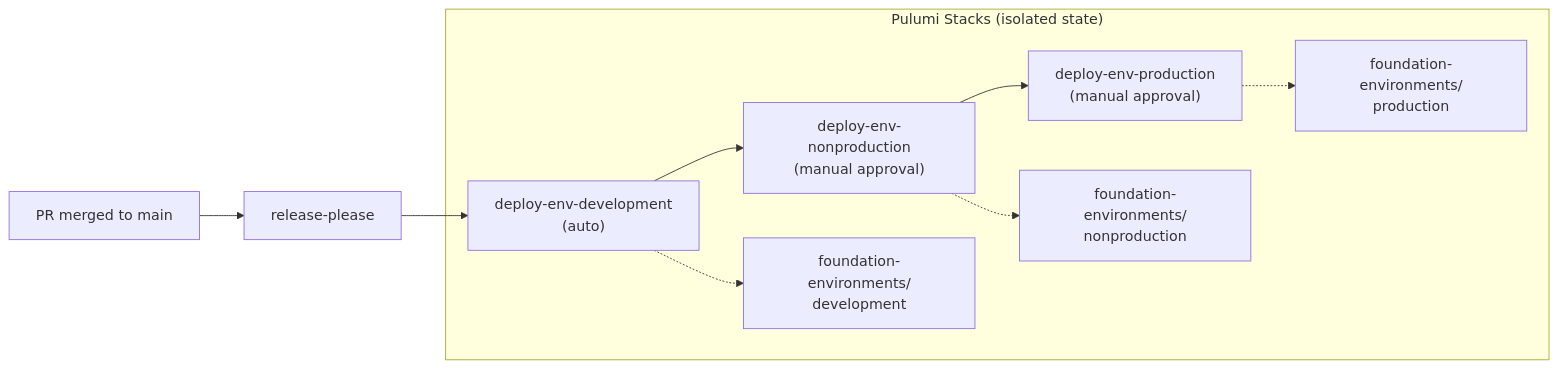
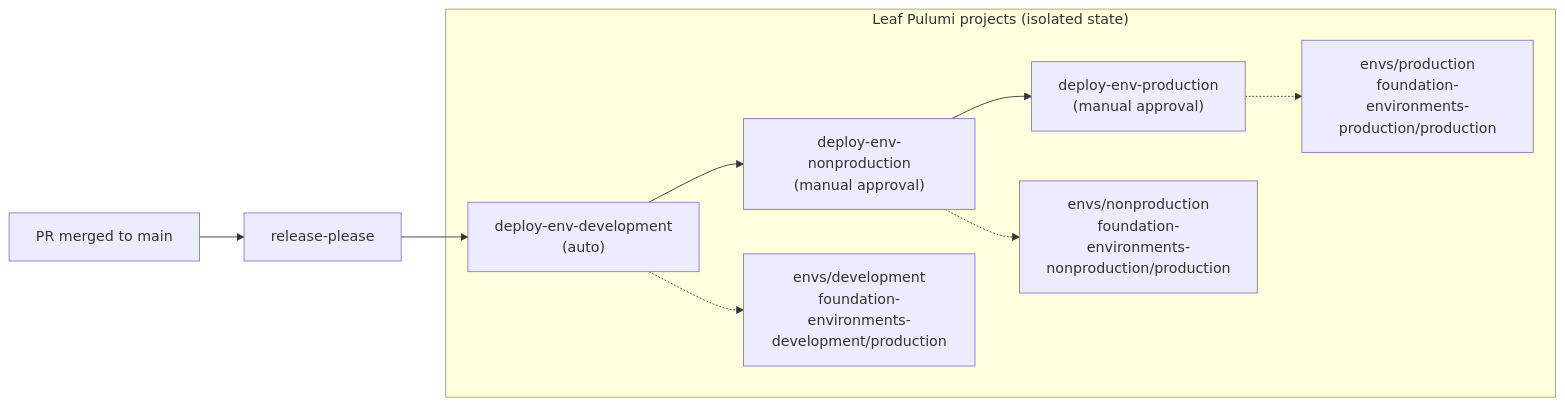
One commit to VitruvianSoftware/vitruvian-core changed the diagram in docs/foundation-promotion-strategies.md. Above: the diagram before and after it, drawn with Mermaid. The commit also changed other lines of this file and 12 other files, not shown here.

First line of the commit message:
chore(foundation): rewire workflows, release-please, copybara + docs to the upstream leaf layout

````diff
--- a/docs/foundation-promotion-strategies.md
+++ b/docs/foundation-promotion-strategies.md
@@ -87,13 +98,13 @@
 ```mermaid
 graph LR
     PR["PR merged to main"] --> RP["release-please"]
     RP --> DEV["deploy-env-development<br/>(auto)"]
     DEV --> NONPROD["deploy-env-nonproduction<br/>(manual approval)"]
     NONPROD --> PROD["deploy-env-production<br/>(manual approval)"]
 
-    subgraph "Pulumi Stacks (isolated state)"
-        DEV -.-> S1["foundation-environments/<br/>development"]
-        NONPROD -.-> S2["foundation-environments/<br/>nonproduction"]
-        PROD -.-> S3["foundation-environments/<br/>production"]
+    subgraph "Leaf Pulumi projects (isolated state)"
+        DEV -.-> S1["envs/development<br/>foundation-environments-development/production"]
+        NONPROD -.-> S2["envs/nonproduction<br/>foundation-environments-nonproduction/production"]
+        PROD -.-> S3["envs/production<br/>foundation-environments-production/production"]
     end
 ```
````
